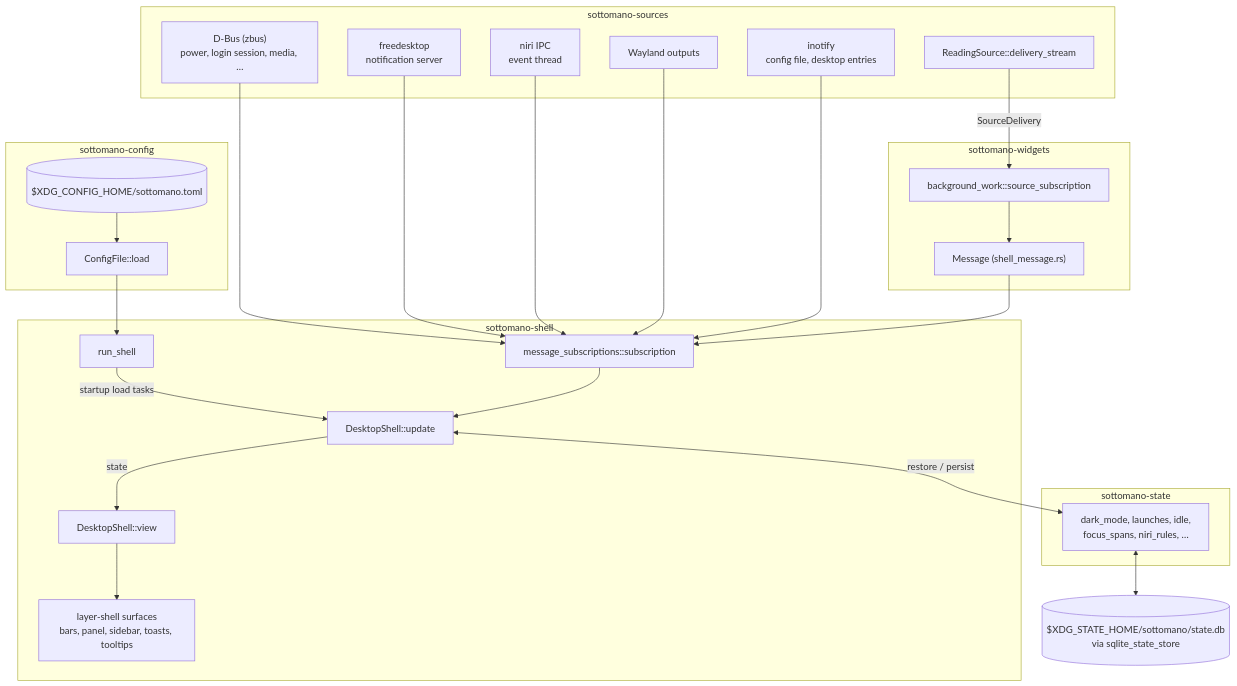
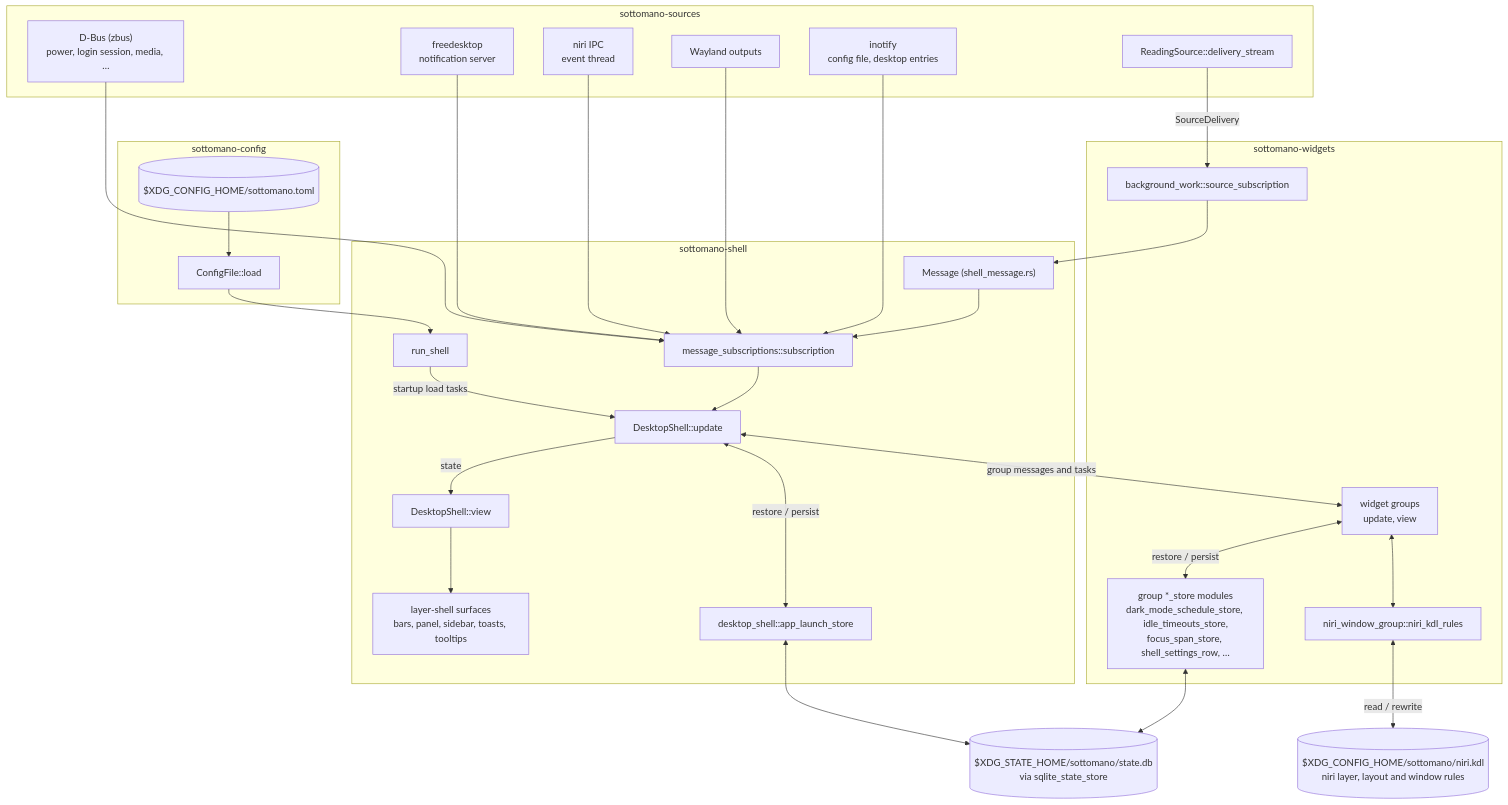
Before and after one commit to wvhulle/sottomano: the first of 3 diagrams in docs/development.md, drawn with Mermaid. The commit also changed other lines of this file and 63 other files, not shown here.

First line of the commit message:
refactor: dissolve sottomano-state into the groups that own it

````diff
--- a/docs/development.md
+++ b/docs/development.md
@@ -27,48 +27,53 @@
 ```mermaid
 flowchart TB
   subgraph sources_crate [sottomano-sources]
     desktop_bus["D-Bus (zbus)<br>power, login session, media, …"]
     notification_server["freedesktop<br>notification server"]
     niri_event_thread["niri IPC<br>event thread"]
     wayland_outputs["Wayland outputs"]
     file_watches["inotify<br>config file, desktop entries"]
     reading_sources["ReadingSource::delivery_stream"]
   end
 
   subgraph config_crate [sottomano-config]
     config_file[("$XDG_CONFIG_HOME/sottomano.toml")]
     config_loading["ConfigFile::load"]
     config_file --> config_loading
   end
 
   subgraph widgets_crate [sottomano-widgets]
     source_subscription["background_work::source_subscription"]
-    shell_message["Message (shell_message.rs)"]
-    source_subscription --> shell_message
+    widget_groups["widget groups<br>update, view"]
+    group_stores["group *_store modules<br>dark_mode_schedule_store, idle_timeouts_store,<br>focus_span_store, shell_settings_row, …"]
+    niri_kdl_rules["niri_window_group::niri_kdl_rules"]
+    widget_groups <-->|restore / persist| group_stores
+    widget_groups <--> niri_kdl_rules
   end
 
   subgraph shell_crate [sottomano-shell]
     run_shell["run_shell"]
+    shell_message["Message (shell_message.rs)"]
     message_subscriptions["message_subscriptions::subscription"]
     shell_update["DesktopShell::update"]
     shell_view["DesktopShell::view"]
+    app_launch_store["desktop_shell::app_launch_store"]
     layer_surfaces["layer-shell surfaces<br>bars, panel, sidebar, toasts, tooltips"]
     run_shell -->|startup load tasks| shell_update
+    shell_message --> message_subscriptions
     message_subscriptions --> shell_update
     shell_update -->|state| shell_view
     shell_view --> layer_surfaces
-  end
-
-  subgraph state_crate [sottomano-state]
-    saved_state_modules["dark_mode, launches, idle,<br>focus_spans, niri_rules, …"]
+    shell_update <-->|restore / persist| app_launch_store
   end
 
   sqlite_state_store[("$XDG_STATE_HOME/sottomano/state.db<br>via sqlite_state_store")]
+  niri_kdl_file[("$XDG_CONFIG_HOME/sottomano/niri.kdl<br>niri layer, layout and window rules")]
 
   config_loading --> run_shell
   desktop_bus & notification_server & niri_event_thread & wayland_outputs & file_watches --> message_subscriptions
   reading_sources -->|SourceDelivery| source_subscription
-  shell_message --> message_subscriptions
-  shell_update <-->|restore / persist| saved_state_modules
-  saved_state_modules <--> sqlite_state_store
+  source_subscription --> shell_message
+  shell_update <-->|group messages and tasks| widget_groups
+  group_stores & app_launch_store <--> sqlite_state_store
+  niri_kdl_rules <-->|read / rewrite| niri_kdl_file
 ```
````
